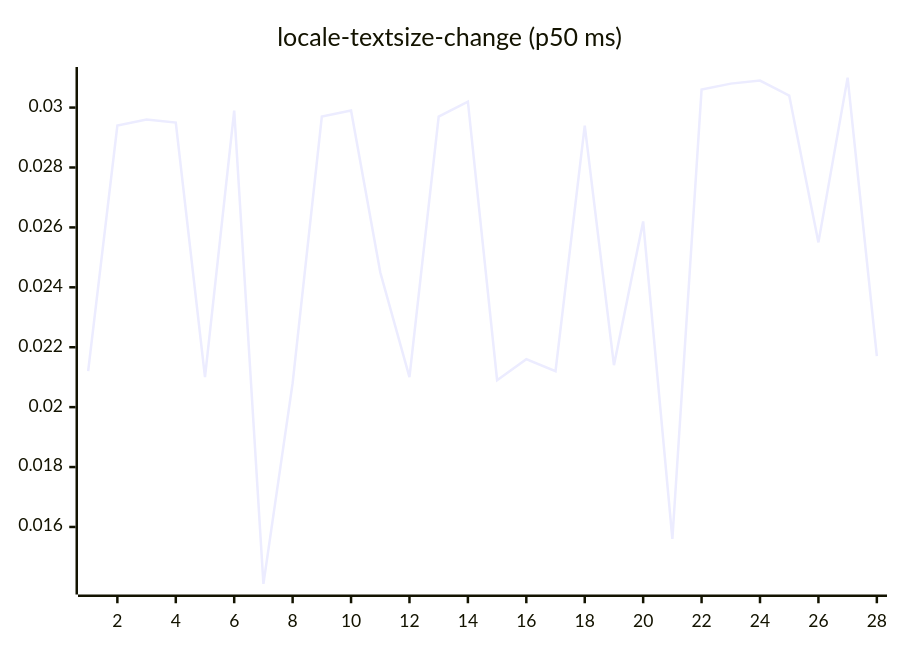
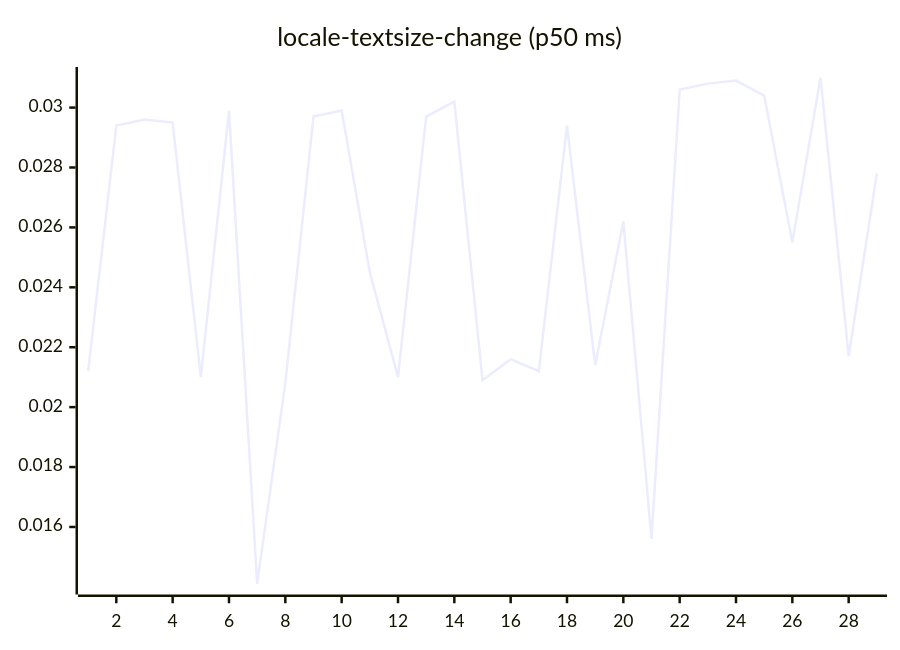
Diagram 13 of 27 in README.md (josha/Facet), drawn with Mermaid before and after one commit. The commit also changed other lines of this file and 2 other files, not shown here.

````diff
--- a/README.md
+++ b/README.md
@@ -147,6 +147,6 @@
 ```mermaid
 xychart-beta
     title "locale-textsize-change (p50 ms)"
-    x-axis 1 --> 28
-    line [0.0212, 0.0294, 0.0296, 0.0295, 0.0210, 0.0299, 0.0141, 0.0208, 0.0297, 0.0299, 0.0245, 0.0210, 0.0297, 0.0302, 0.0209, 0.0216, 0.0212, 0.0294, 0.0214, 0.0262, 0.0156, 0.0306, 0.0308, 0.0309, 0.0304, 0.0255, 0.0310, 0.0217]
+    x-axis 1 --> 29
+    line [0.0212, 0.0294, 0.0296, 0.0295, 0.0210, 0.0299, 0.0141, 0.0208, 0.0297, 0.0299, 0.0245, 0.0210, 0.0297, 0.0302, 0.0209, 0.0216, 0.0212, 0.0294, 0.0214, 0.0262, 0.0156, 0.0306, 0.0308, 0.0309, 0.0304, 0.0255, 0.0310, 0.0217, 0.0278]
 ```
````
